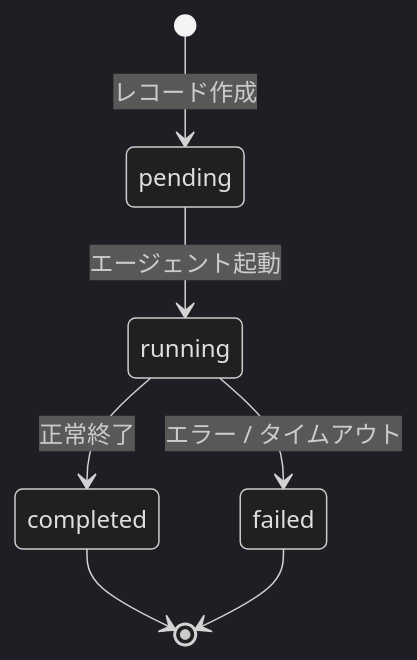
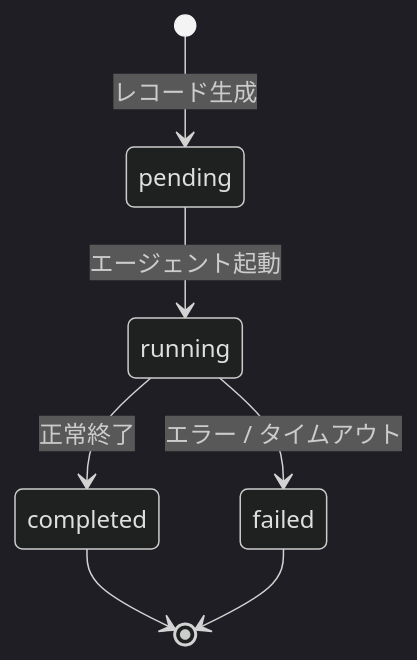
Before and after one commit to kuairen-227/agent-team-studio: the second of 3 diagrams in docs/design/data-model.md, drawn with Mermaid (dark theme). The commit also changed other lines of this file and 1 other file, not shown here.

````diff
--- a/docs/design/data-model.md
+++ b/docs/design/data-model.md
@@ -128,9 +126,9 @@
 ```mermaid
 stateDiagram-v2
-    [*] --> pending : レコード作成
+    [*] --> pending : レコード生成
     pending --> running : エージェント起動
     running --> completed : 正常終了
     running --> failed : エラー / タイムアウト
     completed --> [*]
     failed --> [*]
 ```
````
